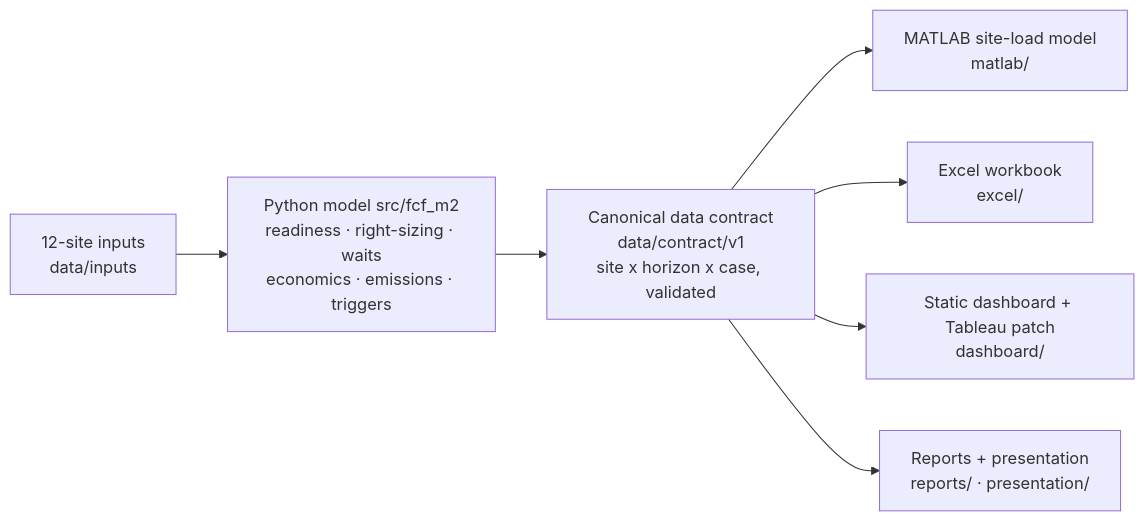
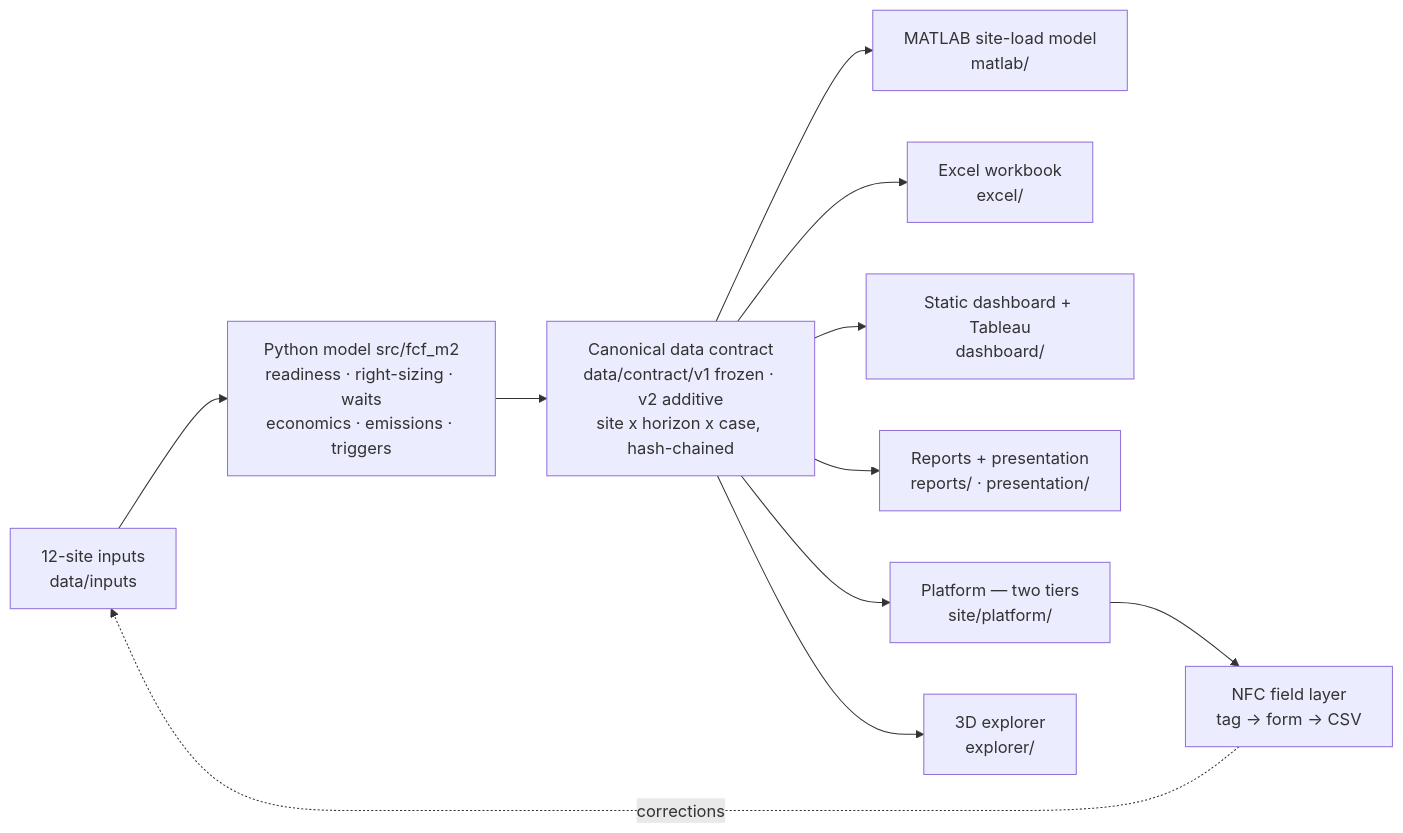
The diagram in README.md (andyyaro/EV-SIENT), drawn with Mermaid before and after one commit. The commit also changed other lines of this file and 4 other files, not shown here.

````diff
--- a/README.md
+++ b/README.md
@@ -54,9 +81,13 @@
 ```mermaid
 flowchart LR
     A[12-site inputs<br/>data/inputs] --> B[Python model src/fcf_m2<br/>readiness · right-sizing · waits<br/>economics · emissions · triggers]
-    B --> C[Canonical data contract<br/>data/contract/v1<br/>site x horizon x case, validated]
+    B --> C[Canonical data contract<br/>data/contract/v1 frozen · v2 additive<br/>site x horizon x case, hash-chained]
     C --> D[MATLAB site-load model<br/>matlab/]
     C --> E[Excel workbook<br/>excel/]
-    C --> F[Static dashboard + Tableau patch<br/>dashboard/]
+    C --> F[Static dashboard + Tableau<br/>dashboard/]
     C --> G[Reports + presentation<br/>reports/ · presentation/]
+    C --> H[Platform — two tiers<br/>site/platform/]
+    C --> I[3D explorer<br/>explorer/]
+    H --> J[NFC field layer<br/>tag → form → CSV]
+    J -.corrections.-> A
 ```
````
